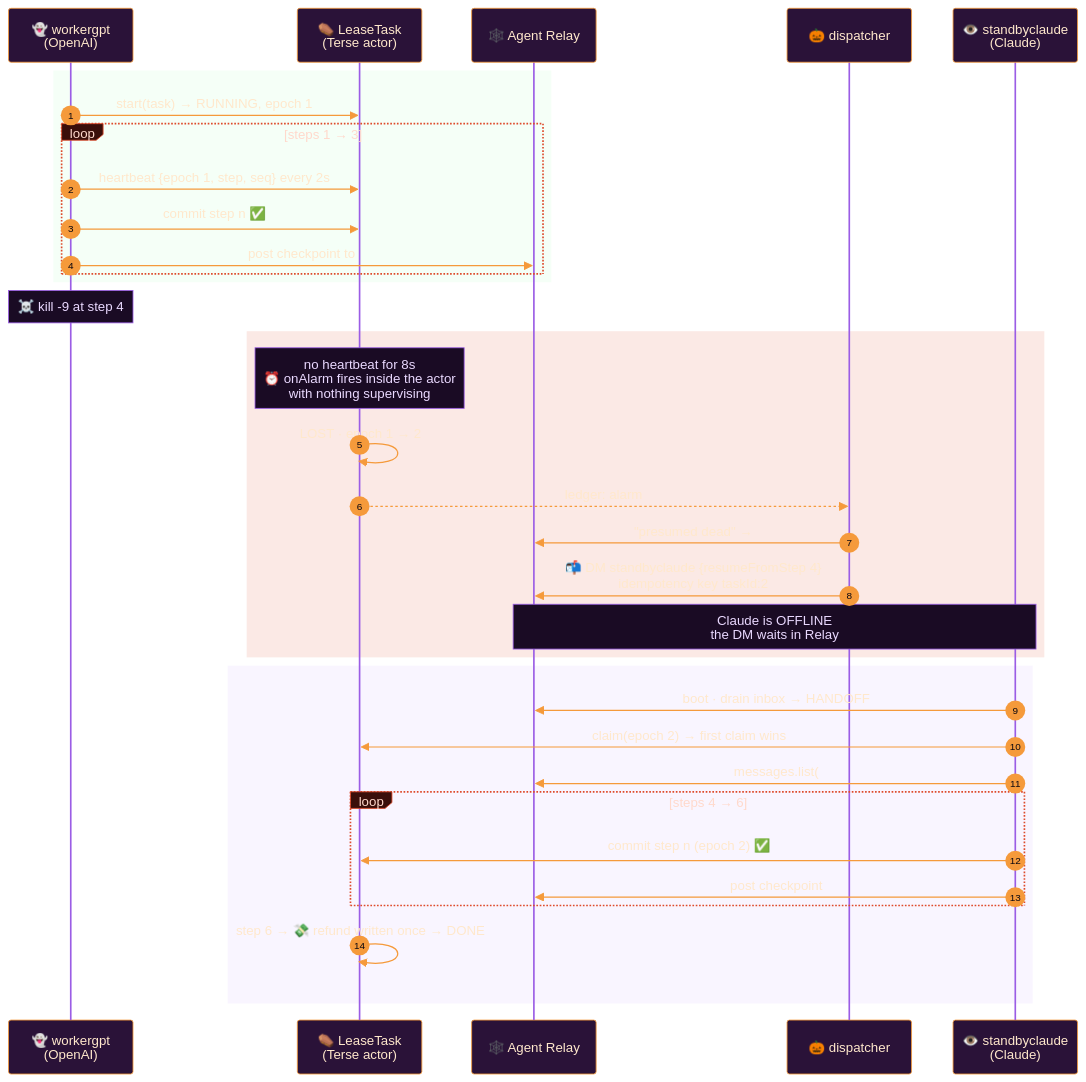
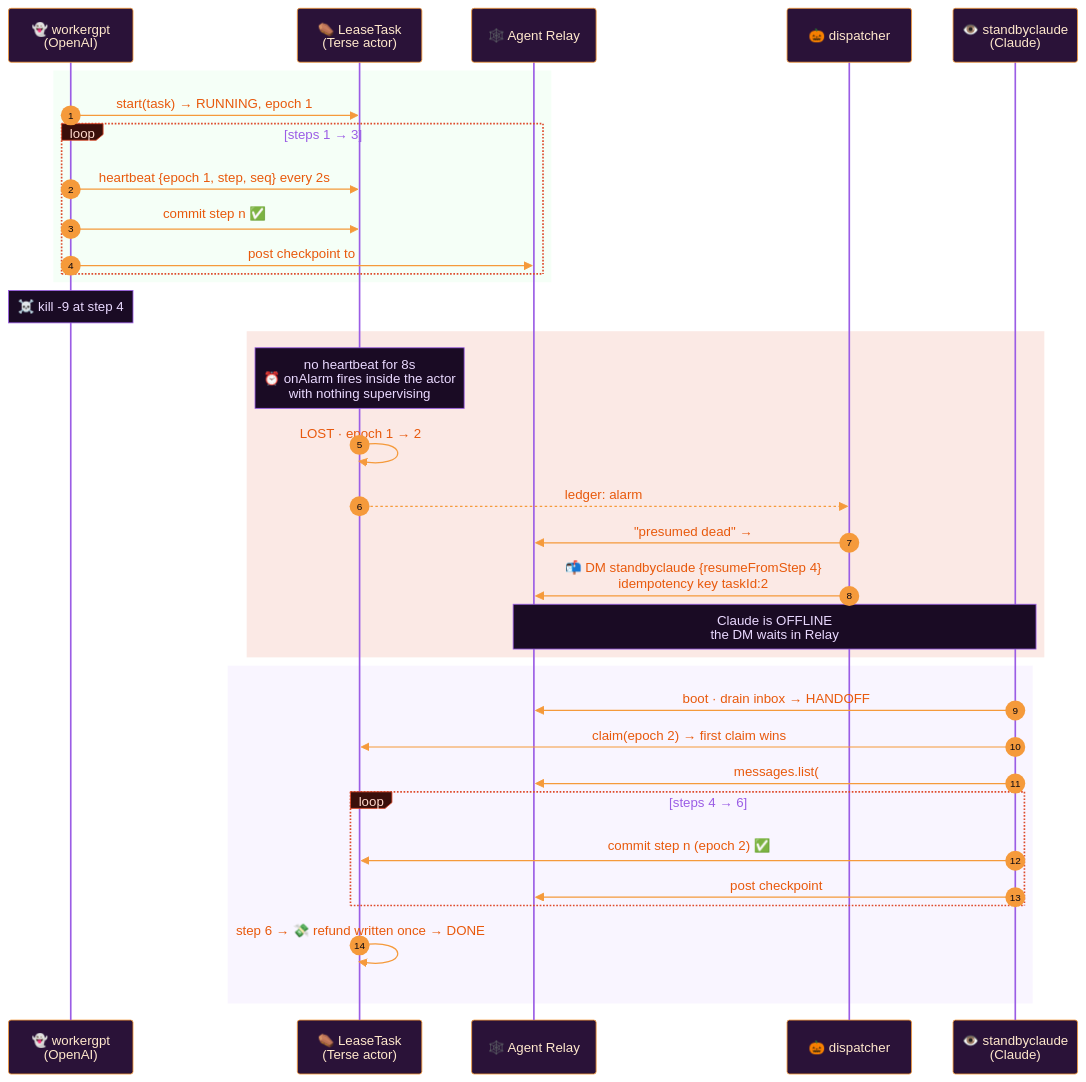
Before and after one commit to charliegillet/halloweenhack: the second of 3 diagrams in README.md, drawn with Mermaid.

````diff
--- a/README.md
+++ b/README.md
@@ -106,40 +106,40 @@
 ```mermaid
-%%{init: {"theme":"base","themeVariables":{"background":"#0b0710","actorBkg":"#2a1238","actorBorder":"#f59a3b","actorTextColor":"#ffe8cc","actorLineColor":"#9b5de5","signalColor":"#f59a3b","signalTextColor":"#ffe8cc","labelBoxBkgColor":"#3a0f0a","labelBoxBorderColor":"#de4b2c","labelTextColor":"#ffd9cc","loopTextColor":"#ffd9cc","noteBkgColor":"#1a0b24","noteBorderColor":"#9b5de5","noteTextColor":"#ead9ff","activationBkgColor":"#3a2208","activationBorderColor":"#f59a3b","sequenceNumberColor":"#0b0710","fontFamily":"ui-monospace, SF Mono, Menlo, monospace"}}}%%
+%%{init: {"theme":"base","themeVariables":{"background":"#0b0710","actorBkg":"#2a1238","actorBorder":"#f59a3b","actorTextColor":"#ffe8cc","actorLineColor":"#9b5de5","signalColor":"#f59a3b","signalTextColor":"#e8590c","labelBoxBkgColor":"#3a0f0a","labelBoxBorderColor":"#de4b2c","labelTextColor":"#ffd9cc","loopTextColor":"#9b5de5","noteBkgColor":"#1a0b24","noteBorderColor":"#9b5de5","noteTextColor":"#ead9ff","activationBkgColor":"#3a2208","activationBorderColor":"#f59a3b","sequenceNumberColor":"#0b0710","fontFamily":"ui-monospace, SF Mono, Menlo, monospace"}}}%%
 sequenceDiagram
     autonumber
     participant W as 👻 workergpt<br/>(OpenAI)
     participant A as ⚰️ LeaseTask<br/>(Terse actor)
     participant R as 🕸️ Agent Relay
     participant D as 🎃 dispatcher
     participant C as 👁️ standbyclaude<br/>(Claude)
 
     rect rgba(124, 252, 154, 0.08)
     W->>A: start(task) → RUNNING, epoch 1
     loop steps 1 → 3
         W->>A: heartbeat {epoch 1, step, seq} every 2s
         W->>A: commit step n ✅
         W->>R: post checkpoint to #task-refund…
     end
     end
 
     Note over W: ☠️ kill -9 at step 4
     rect rgba(222, 75, 44, 0.12)
     Note over A: no heartbeat for 8s<br/>⏰ onAlarm fires inside the actor<br/>with nothing supervising
     A->>A: LOST · epoch 1 → 2
     A-->>D: ledger: alarm
     D->>R: "presumed dead" → #task-refund…
     D->>R: 📬 DM standbyclaude {resumeFromStep 4}<br/>idempotency key taskId:2
     Note over R,C: Claude is OFFLINE<br/>the DM waits in Relay
     end
 
     rect rgba(199, 155, 255, 0.10)
     C->>R: boot · drain inbox → HANDOFF
     C->>A: claim(epoch 2) → first claim wins
     C->>R: messages.list(#task-refund…) → steps 1-3
     loop steps 4 → 6
         C->>A: commit step n (epoch 2) ✅
         C->>R: post checkpoint
     end
     A->>A: step 6 → 💸 refund written once → DONE
     end
 ```
````
